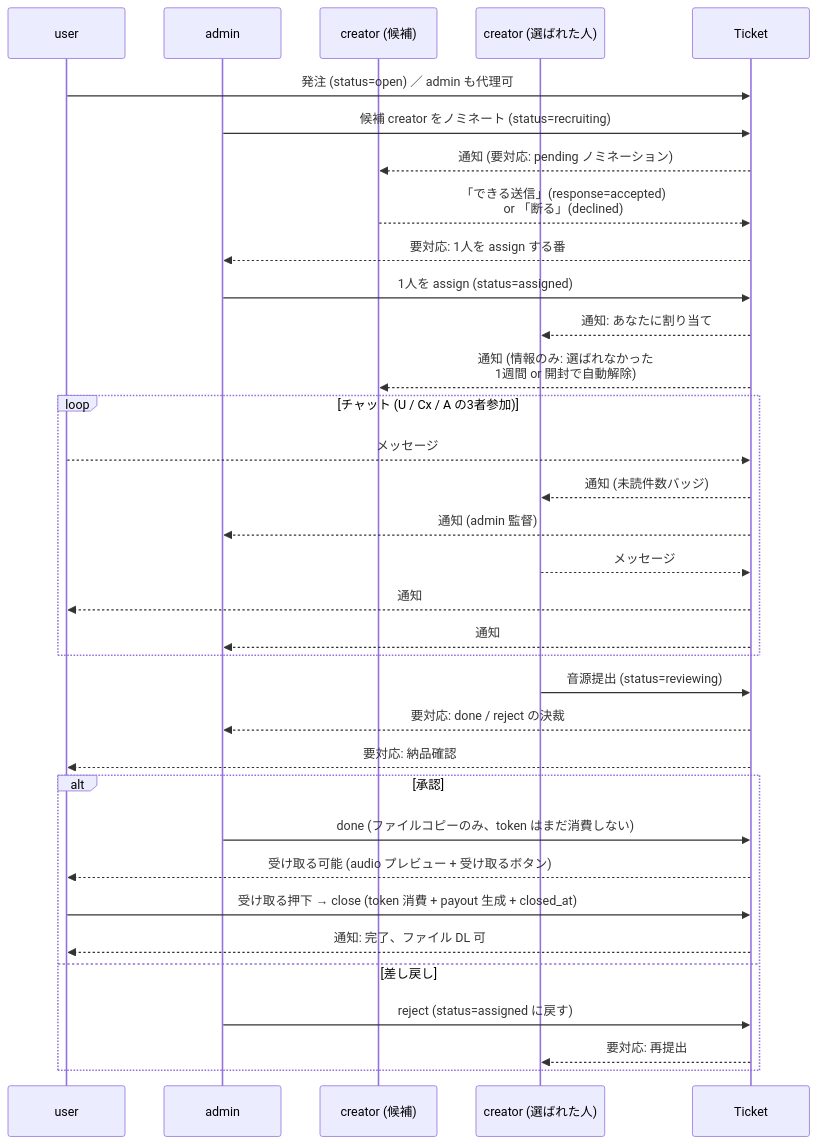
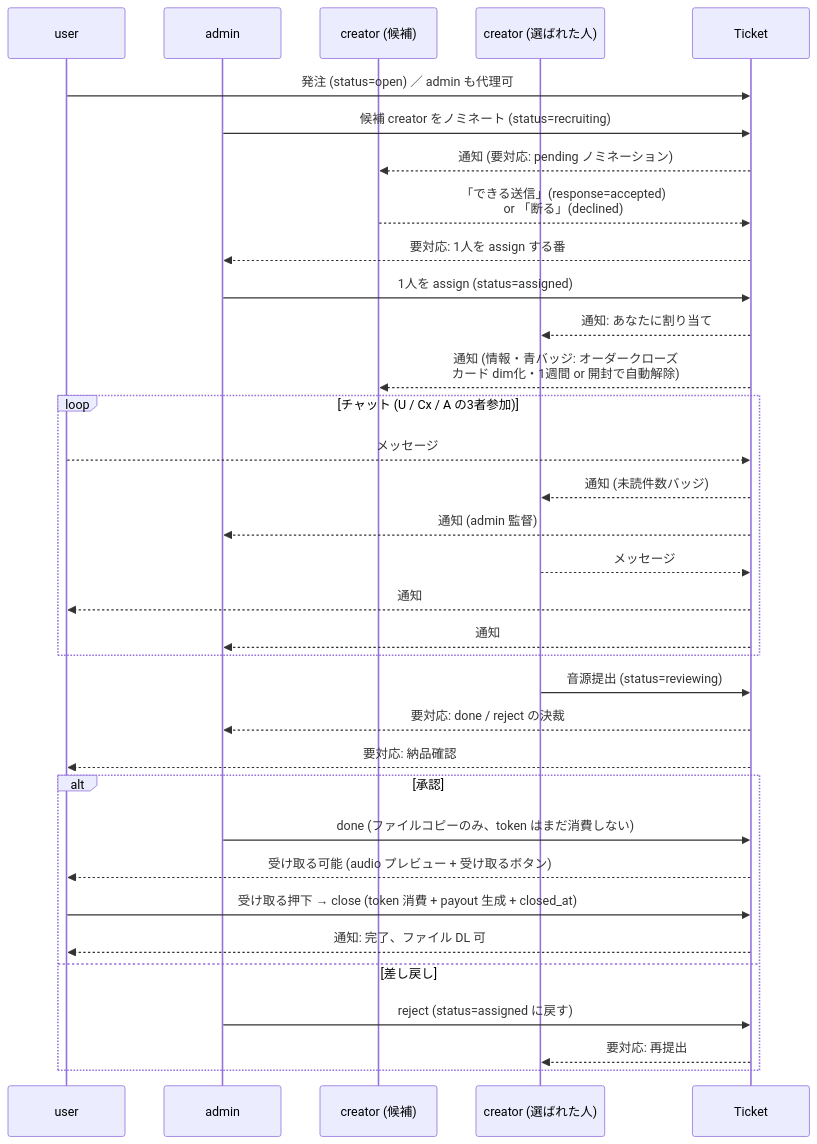
Before and after one commit to Sa-saT/AudioDataManagement: the second of 2 diagrams in docs/ORDER_SPEC.md, drawn with Mermaid. The commit also changed other lines of this file and 2 other files, not shown here.

````diff
--- a/docs/ORDER_SPEC.md
+++ b/docs/ORDER_SPEC.md
@@ -580,37 +588,37 @@
 ```mermaid
 sequenceDiagram
     participant U as user
     participant A as admin
     participant C1 as creator (候補)
     participant Cx as creator (選ばれた人)
     participant T as Ticket
 
     U->>T: 発注 (status=open) ／ admin も代理可
     A->>T: 候補 creator をノミネート (status=recruiting)
     T-->>C1: 通知 (要対応: pending ノミネーション)
     C1-->>T: 「できる送信」(response=accepted)<br/>or 「断る」(declined)
     T-->>A: 要対応: 1人を assign する番
     A->>T: 1人を assign (status=assigned)
     T-->>Cx: 通知: あなたに割り当て
-    T-->>C1: 通知 (情報のみ: 選ばれなかった<br/>1週間 or 開封で自動解除)
+    T-->>C1: 通知 (情報・青バッジ: オーダークローズ<br/>カード dim化・1週間 or 開封で自動解除)
     loop チャット (U / Cx / A の3者参加)
         U-->>T: メッセージ
         T-->>Cx: 通知 (未読件数バッジ)
         T-->>A: 通知 (admin 監督)
         Cx-->>T: メッセージ
         T-->>U: 通知
         T-->>A: 通知
     end
     Cx->>T: 音源提出 (status=reviewing)
     T-->>A: 要対応: done / reject の決裁
     T-->>U: 要対応: 納品確認
     alt 承認
         A->>T: done (ファイルコピーのみ、token はまだ消費しない)
         T-->>U: 受け取る可能 (audio プレビュー + 受け取るボタン)
         U->>T: 受け取る押下 → close (token 消費 + payout 生成 + closed_at)
         T-->>U: 通知: 完了、ファイル DL 可
     else 差し戻し
         A->>T: reject (status=assigned に戻す)
         T-->>Cx: 要対応: 再提出
     end
 ```
````
